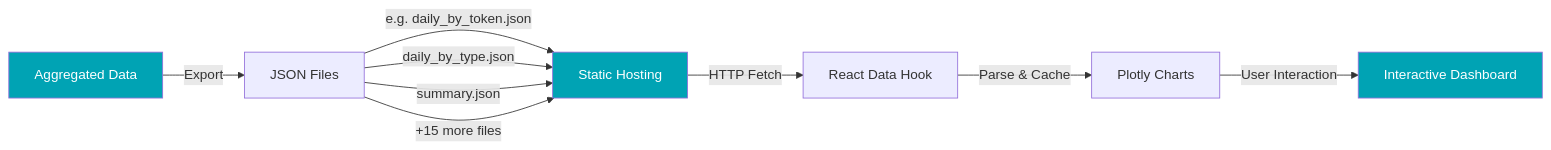
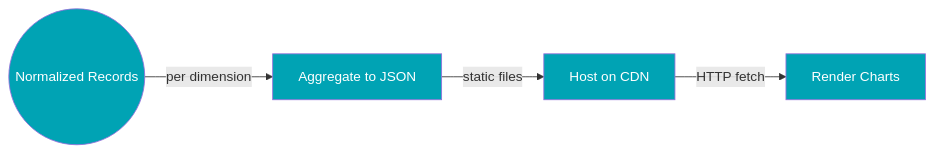
The sixth of 6 diagrams in docs/analysis/data-pipeline.mdx (karstenalytics/frontend), drawn with Mermaid before and after one commit. The commit also changed other lines of this file and 157 other files, not shown here.

````diff
--- a/docs/analysis/data-pipeline.mdx
+++ b/docs/analysis/data-pipeline.mdx
@@ -228,15 +198,12 @@
 ```mermaid
+%%{init: {'flowchart': {'useMaxWidth': false}}}%%
 graph LR
-    A[Aggregated Data] -->|Export| B[JSON Files]
-    B -->|e.g. daily_by_token.json| C[Static Hosting]
-    B -->|daily_by_type.json| C
-    B -->|summary.json| C
-    B -->|+15 more files| C
-    C -->|HTTP Fetch| D[React Data Hook]
-    D -->|Parse & Cache| E[Plotly Charts]
-    E -->|User Interaction| F[Interactive Dashboard]
+    A((Normalized Records)) -->|per dimension| B[Aggregate to JSON]
+    B -->|static files| C[Host on CDN]
+    C -->|HTTP fetch| D[Render Charts]
 
     style A fill:#00A3B4,color:#fff
+    style B fill:#00A3B4,color:#fff
     style C fill:#00A3B4,color:#fff
-    style F fill:#00A3B4,color:#fff
+    style D fill:#00A3B4,color:#fff
 ```
````
